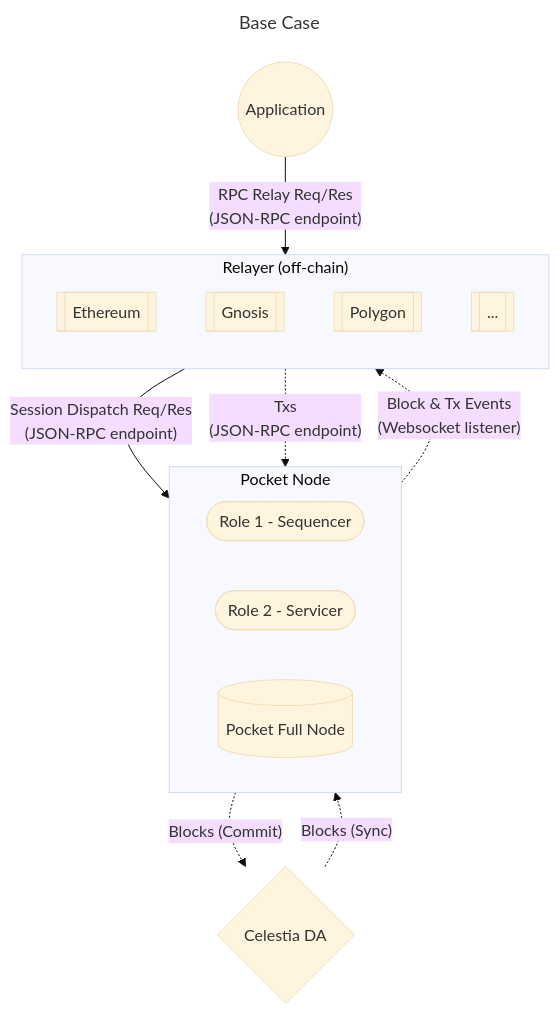
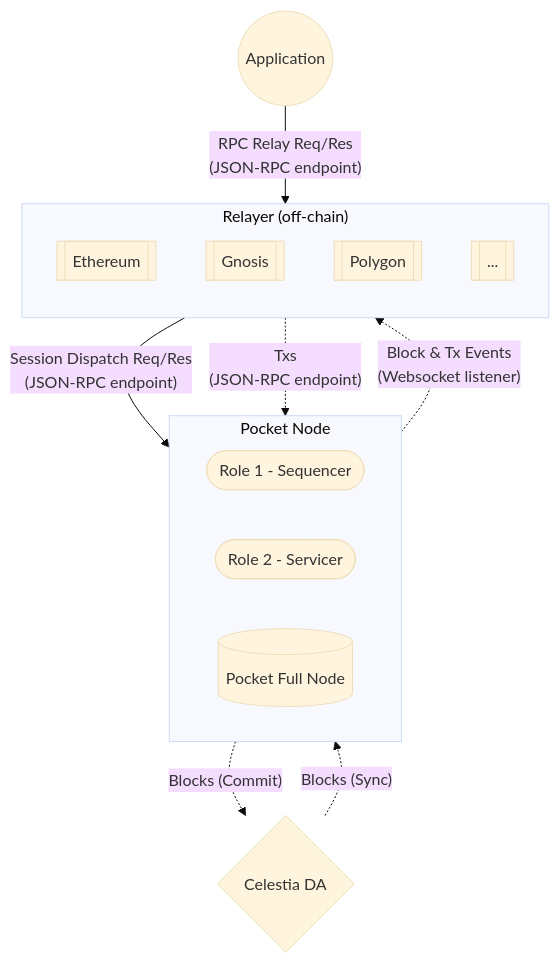
The first of 2 diagrams in docs/nodes.md (pokt-network/poktroll-alpha), drawn with Mermaid (base theme) before and after one commit. The commit also changed other lines of this file, not shown here.

Commit message:
Remove titles

````diff
--- a/docs/nodes.md
+++ b/docs/nodes.md
@@ -26,27 +26,24 @@
 ```mermaid
----
-title: Base Case
----
 flowchart TB
     a(("Application"))
     subgraph p["Pocket Node"]
         direction LR
         rs([Role 1 - Sequencer])
         rv([Role 2 - Servicer])
         pl1[("Pocket Full Node")]
     end
     subgraph r["Relayer (off-chain)"]
         direction TB
         eth[["Ethereum"]]
         gn[["Gnosis"]]
         pg[["Polygon"]]
         etc[["..."]]
     end
     c{"Celestia DA"}
     a -- RPC Relay Req/Res \n (JSON-RPC endpoint) --> r
     p -. Block & Tx Events \n (Websocket listener).-> r
     r -- Session Dispatch Req/Res \n (JSON-RPC endpoint)--> p
     r -. Txs \n (JSON-RPC endpoint).-> p
     p -. Blocks (Commit) .->c
     c -. Blocks (Sync) .-> p
 ```
````
